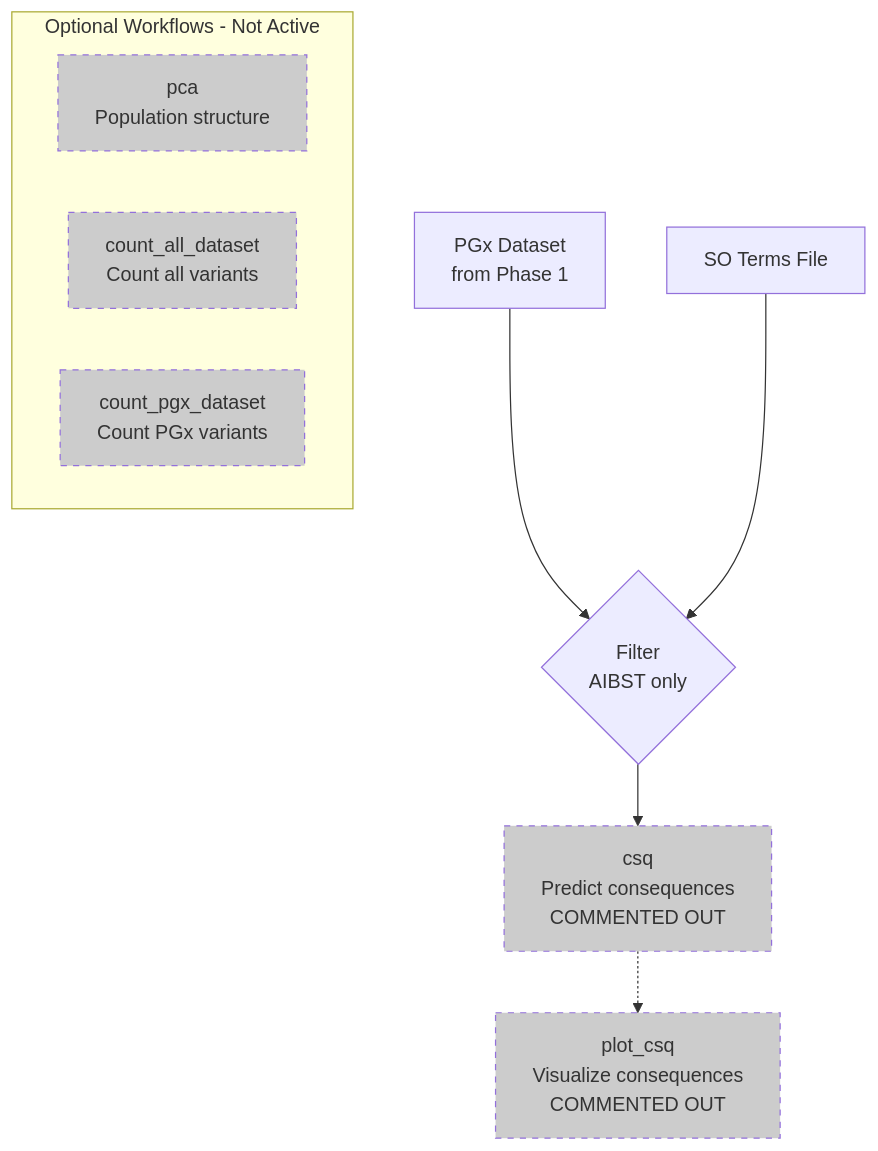
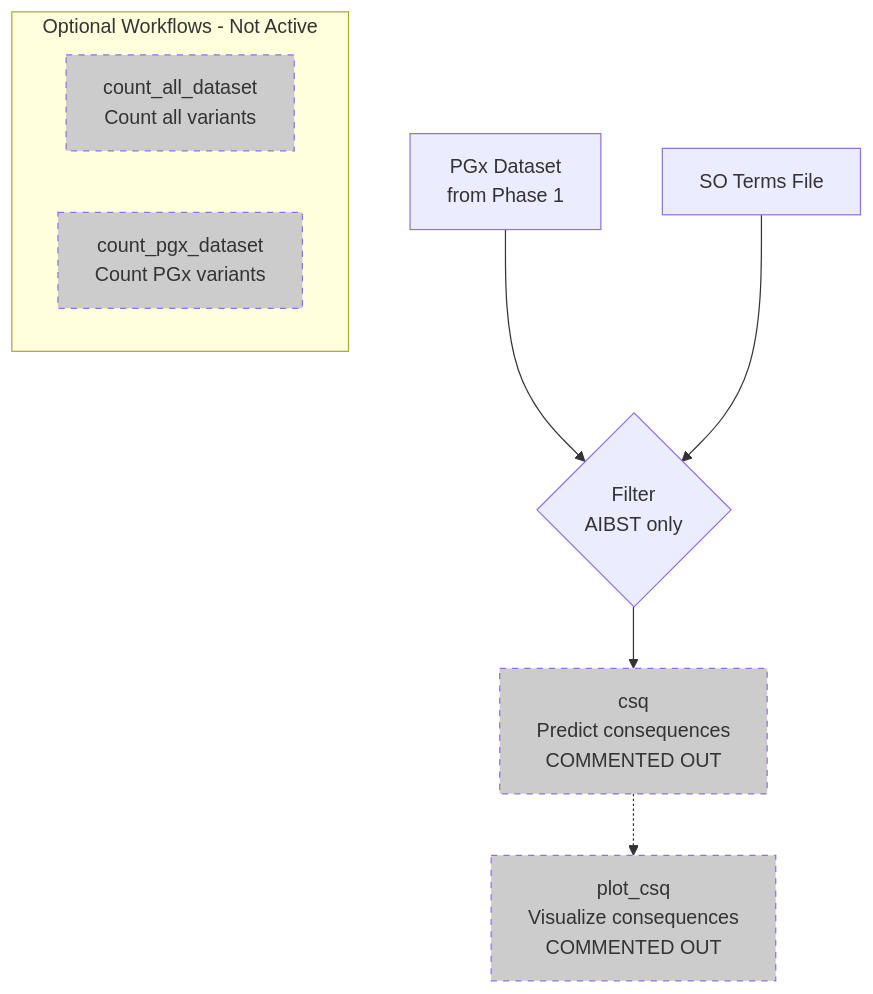
One commit to mamanambiya/exome_aibst_b38 changed the sixth of 8 diagrams in docs/WORKFLOW_GRAPH.md. Above: the diagram before and after it, drawn with Mermaid. The commit also changed other lines of this file, not shown here.

First line of the commit message:
docs: document PCA and ADMIXTURE population-structure workflows

````diff
--- a/docs/WORKFLOW_GRAPH.md
+++ b/docs/WORKFLOW_GRAPH.md
@@ -201,20 +204,18 @@
 ```mermaid
 graph TB
     PGxData[PGx Dataset<br/>from Phase 1] --> Filter{Filter<br/>AIBST only}
     SOTerms[SO Terms File] --> Filter
     
     Filter --> CSQ[csq<br/>Predict consequences<br/>COMMENTED OUT]
     CSQ -.-> PlotCSQ[plot_csq<br/>Visualize consequences<br/>COMMENTED OUT]
     
     subgraph "Optional Workflows - Not Active"
-        PCA[pca<br/>Population structure]
         CountAll[count_all_dataset<br/>Count all variants]
         CountPGx[count_pgx_dataset<br/>Count PGx variants]
     end
     
     style CSQ fill:#cccccc,stroke-dasharray: 5 5
     style PlotCSQ fill:#cccccc,stroke-dasharray: 5 5
-    style PCA fill:#cccccc,stroke-dasharray: 5 5
     style CountAll fill:#cccccc,stroke-dasharray: 5 5
     style CountPGx fill:#cccccc,stroke-dasharray: 5 5
 ```
````
